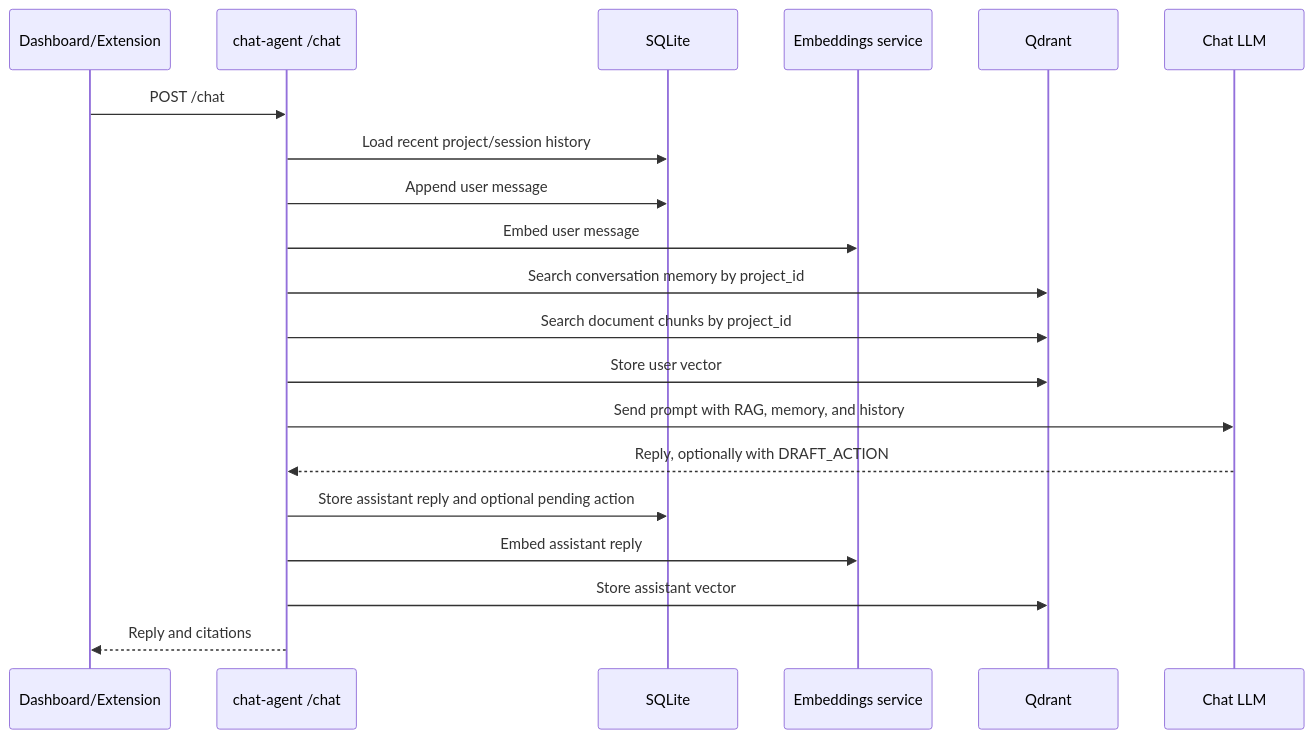
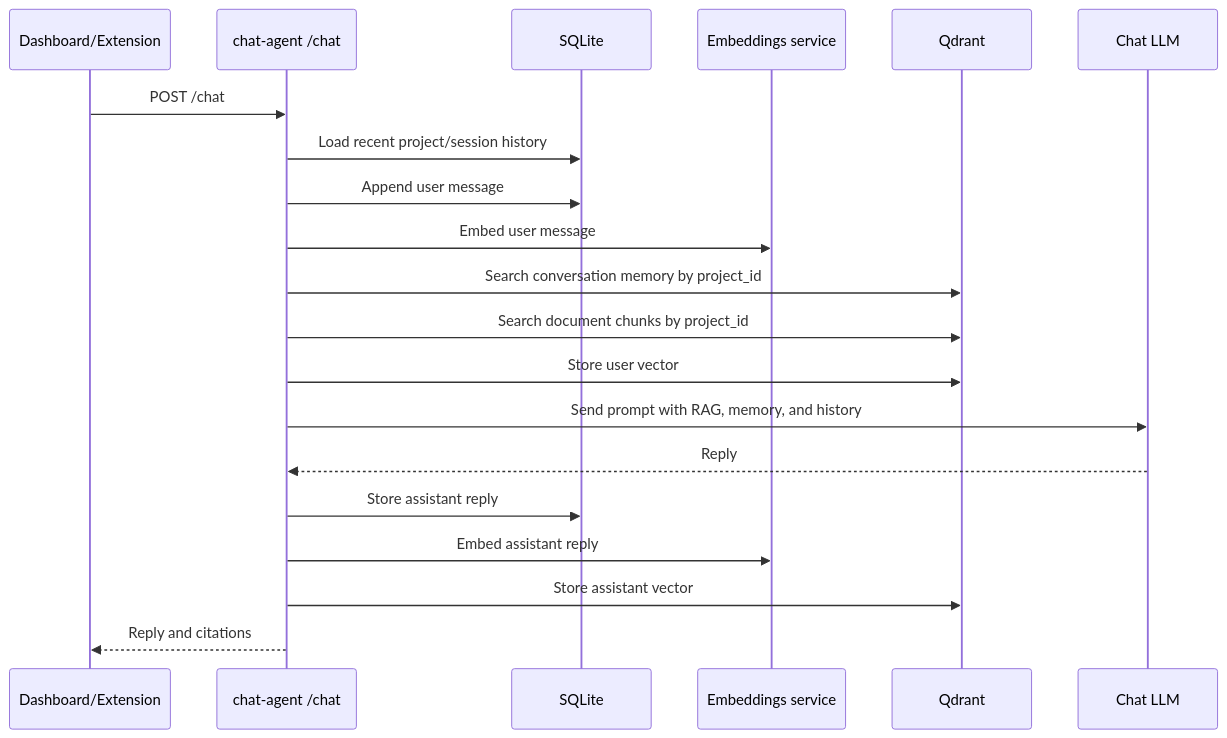
The second of 4 diagrams in README.md (nazim117/Research-Agent), drawn with Mermaid before and after one commit. The commit also changed other lines of this file and 46 other files, not shown here.

````diff
--- a/README.md
+++ b/README.md
@@ -146,23 +138,23 @@
 ```mermaid
 sequenceDiagram
   participant UI as Dashboard/Extension
   participant API as chat-agent /chat
   participant SQL as SQLite
   participant O as Embeddings service
   participant Q as Qdrant
   participant L as Chat LLM
 
   UI->>API: POST /chat
   API->>SQL: Load recent project/session history
   API->>SQL: Append user message
   API->>O: Embed user message
   API->>Q: Search conversation memory by project_id
   API->>Q: Search document chunks by project_id
   API->>Q: Store user vector
   API->>L: Send prompt with RAG, memory, and history
-  L-->>API: Reply, optionally with DRAFT_ACTION
-  API->>SQL: Store assistant reply and optional pending action
+  L-->>API: Reply
+  API->>SQL: Store assistant reply
   API->>O: Embed assistant reply
   API->>Q: Store assistant vector
   API-->>UI: Reply and citations
 ```
````
